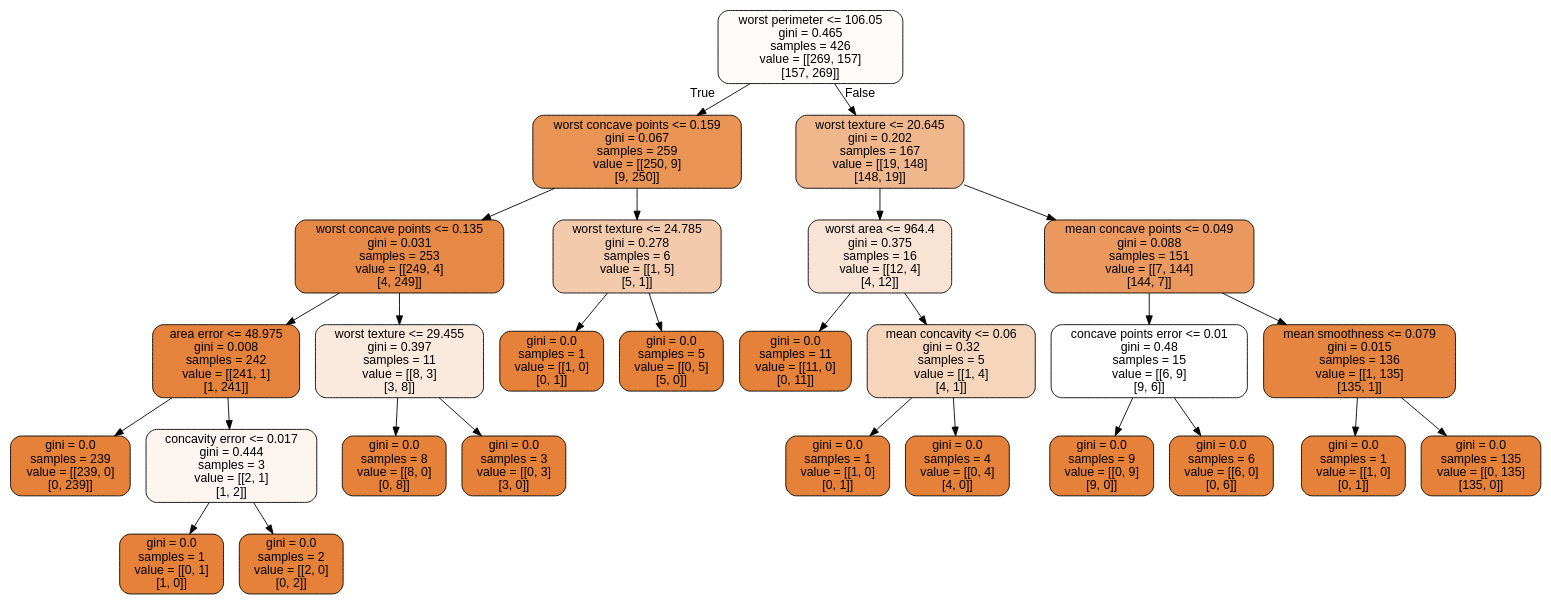
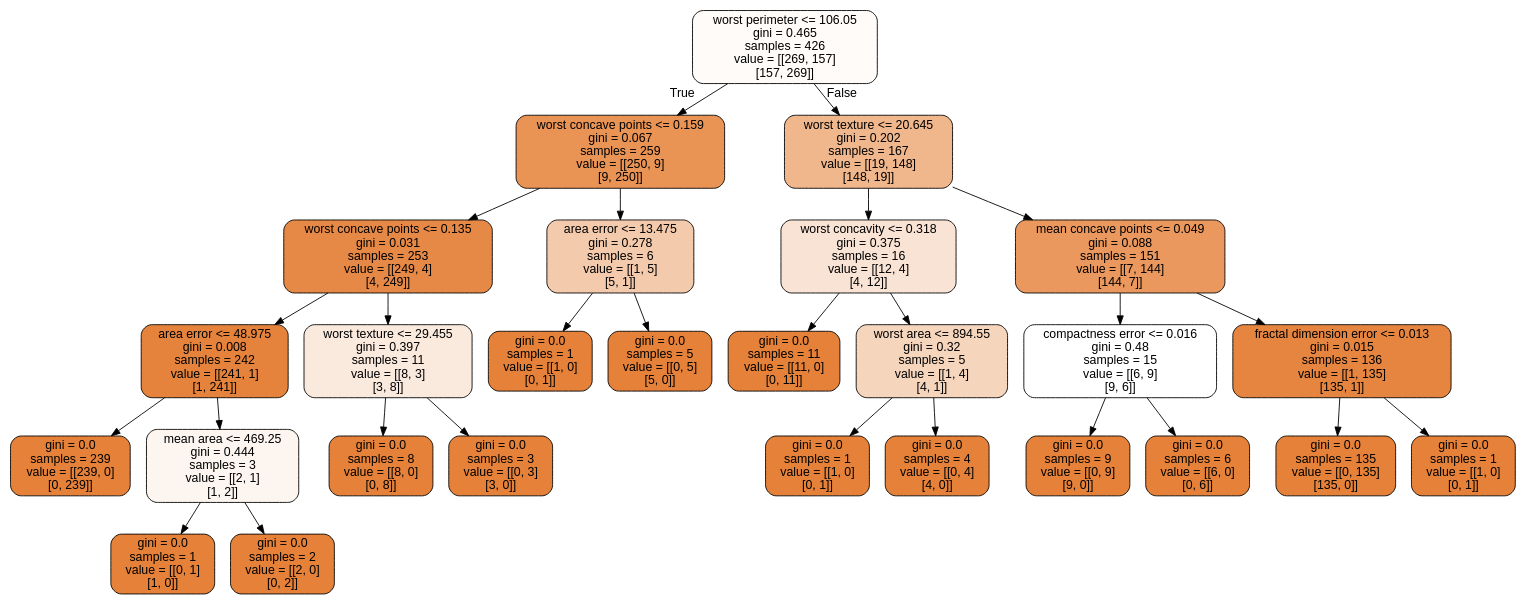
The diagram in doc/pub/week44/ipynb/Datafiles/cancer.dot (CompPhysics/MachineLearning), drawn with Graphviz before and after one commit. The commit also changed 52 other files, not shown here.

```diff
--- a/doc/pub/week44/ipynb/Datafiles/cancer.dot
+++ b/doc/pub/week44/ipynb/Datafiles/cancer.dot
@@ -1,57 +1,57 @@
 digraph Tree {
 node [shape=box, style="filled, rounded", color="black", fontname=helvetica] ;
 edge [fontname=helvetica] ;
 0 [label="worst perimeter <= 106.05\ngini = 0.465\nsamples = 426\nvalue = [[269, 157]\n[157, 269]]", fillcolor="#fefbf9"] ;
 1 [label="worst concave points <= 0.159\ngini = 0.067\nsamples = 259\nvalue = [[250, 9]\n[9, 250]]", fillcolor="#e99355"] ;
 0 -> 1 [labeldistance=2.5, labelangle=45, headlabel="True"] ;
 2 [label="worst concave points <= 0.135\ngini = 0.031\nsamples = 253\nvalue = [[249, 4]\n[4, 249]]", fillcolor="#e78946"] ;
 1 -> 2 ;
 3 [label="area error <= 48.975\ngini = 0.008\nsamples = 242\nvalue = [[241, 1]\n[1, 241]]", fillcolor="#e5833c"] ;
 2 -> 3 ;
 4 [label="gini = 0.0\nsamples = 239\nvalue = [[239, 0]\n[0, 239]]", fillcolor="#e58139"] ;
 3 -> 4 ;
-5 [label="concavity error <= 0.017\ngini = 0.444\nsamples = 3\nvalue = [[2, 1]\n[1, 2]]", fillcolor="#fdf6f0"] ;
+5 [label="mean area <= 469.25\ngini = 0.444\nsamples = 3\nvalue = [[2, 1]\n[1, 2]]", fillcolor="#fdf6f0"] ;
 3 -> 5 ;
 6 [label="gini = 0.0\nsamples = 1\nvalue = [[0, 1]\n[1, 0]]", fillcolor="#e58139"] ;
 5 -> 6 ;
 7 [label="gini = 0.0\nsamples = 2\nvalue = [[2, 0]\n[0, 2]]", fillcolor="#e58139"] ;
 5 -> 7 ;
 8 [label="worst texture <= 29.455\ngini = 0.397\nsamples = 11\nvalue = [[8, 3]\n[3, 8]]", fillcolor="#fae9dd"] ;
 2 -> 8 ;
 9 [label="gini = 0.0\nsamples = 8\nvalue = [[8, 0]\n[0, 8]]", fillcolor="#e58139"] ;
 8 -> 9 ;
 10 [label="gini = 0.0\nsamples = 3\nvalue = [[0, 3]\n[3, 0]]", fillcolor="#e58139"] ;
 8 -> 10 ;
-11 [label="worst texture <= 24.785\ngini = 0.278\nsamples = 6\nvalue = [[1, 5]\n[5, 1]]", fillcolor="#f4caac"] ;
+11 [label="area error <= 13.475\ngini = 0.278\nsamples = 6\nvalue = [[1, 5]\n[5, 1]]", fillcolor="#f4caac"] ;
 1 -> 11 ;
 12 [label="gini = 0.0\nsamples = 1\nvalue = [[1, 0]\n[0, 1]]", fillcolor="#e58139"] ;
 11 -> 12 ;
 13 [label="gini = 0.0\nsamples = 5\nvalue = [[0, 5]\n[5, 0]]", fillcolor="#e58139"] ;
 11 -> 13 ;
 14 [label="worst texture <= 20.645\ngini = 0.202\nsamples = 167\nvalue = [[19, 148]\n[148, 19]]", fillcolor="#f0b68c"] ;
 0 -> 14 [labeldistance=2.5, labelangle=-45, headlabel="False"] ;
-15 [label="worst area <= 964.4\ngini = 0.375\nsamples = 16\nvalue = [[12, 4]\n[4, 12]]", fillcolor="#f9e3d4"] ;
+15 [label="worst concavity <= 0.318\ngini = 0.375\nsamples = 16\nvalue = [[12, 4]\n[4, 12]]", fillcolor="#f9e3d4"] ;
 14 -> 15 ;
 16 [label="gini = 0.0\nsamples = 11\nvalue = [[11, 0]\n[0, 11]]", fillcolor="#e58139"] ;
 15 -> 16 ;
-17 [label="mean concavity <= 0.06\ngini = 0.32\nsamples = 5\nvalue = [[1, 4]\n[4, 1]]", fillcolor="#f6d5bd"] ;
+17 [label="worst area <= 894.55\ngini = 0.32\nsamples = 5\nvalue = [[1, 4]\n[4, 1]]", fillcolor="#f6d5bd"] ;
 15 -> 17 ;
 18 [label="gini = 0.0\nsamples = 1\nvalue = [[1, 0]\n[0, 1]]", fillcolor="#e58139"] ;
 17 -> 18 ;
 19 [label="gini = 0.0\nsamples = 4\nvalue = [[0, 4]\n[4, 0]]", fillcolor="#e58139"] ;
 17 -> 19 ;
 20 [label="mean concave points <= 0.049\ngini = 0.088\nsamples = 151\nvalue = [[7, 144]\n[144, 7]]", fillcolor="#ea985d"] ;
 14 -> 20 ;
-21 [label="concave points error <= 0.01\ngini = 0.48\nsamples = 15\nvalue = [[6, 9]\n[9, 6]]", fillcolor="#ffffff"] ;
+21 [label="compactness error <= 0.016\ngini = 0.48\nsamples = 15\nvalue = [[6, 9]\n[9, 6]]", fillcolor="#ffffff"] ;
 20 -> 21 ;
 22 [label="gini = 0.0\nsamples = 9\nvalue = [[0, 9]\n[9, 0]]", fillcolor="#e58139"] ;
 21 -> 22 ;
 23 [label="gini = 0.0\nsamples = 6\nvalue = [[6, 0]\n[0, 6]]", fillcolor="#e58139"] ;
 21 -> 23 ;
-24 [label="mean smoothness <= 0.079\ngini = 0.015\nsamples = 136\nvalue = [[1, 135]\n[135, 1]]", fillcolor="#e6853f"] ;
+24 [label="fractal dimension error <= 0.013\ngini = 0.015\nsamples = 136\nvalue = [[1, 135]\n[135, 1]]", fillcolor="#e6853f"] ;
 20 -> 24 ;
-25 [label="gini = 0.0\nsamples = 1\nvalue = [[1, 0]\n[0, 1]]", fillcolor="#e58139"] ;
+25 [label="gini = 0.0\nsamples = 135\nvalue = [[0, 135]\n[135, 0]]", fillcolor="#e58139"] ;
 24 -> 25 ;
-26 [label="gini = 0.0\nsamples = 135\nvalue = [[0, 135]\n[135, 0]]", fillcolor="#e58139"] ;
+26 [label="gini = 0.0\nsamples = 1\nvalue = [[1, 0]\n[0, 1]]", fillcolor="#e58139"] ;
 24 -> 26 ;
 }
```
